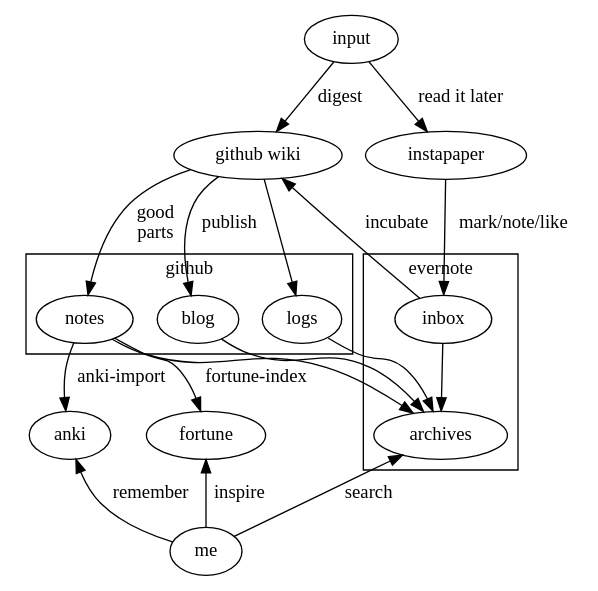
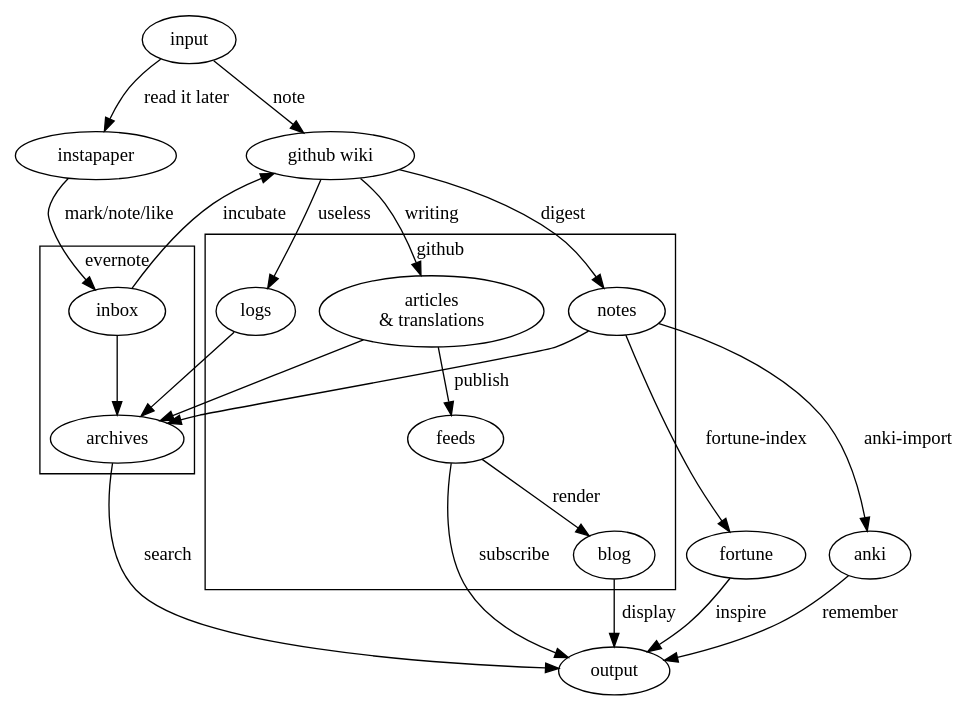
Before and after one commit to cf020031308/cf020031308.github.io: the diagram in drawme.dot, drawn with Graphviz. The commit also changed 2 other files, not shown here.

```diff
--- a/drawme.dot
+++ b/drawme.dot
@@ -1,35 +1,41 @@
 strict digraph {
     input [label="input"];
     wiki [label="github wiki"];
     instapaper [label="instapaper"];
     subgraph cluster_evernote {
         label="evernote";
         inbox [label="inbox"];
         archives [label="archives"];
     }
     subgraph cluster_github {
         label="github";
         notes [label="notes"];
+        articles [label="articles\n& translations"];
+        logs [label="logs"];
+        feeds [label="feeds"];
         blog [label="blog"];
-        logs [label="logs"];
     }
     anki [label="anki"];
     fortune [label="fortune"];
-    me [label="me"];
+    output [label="output"];
 
-    input -> wiki [label="digest"];
+    input -> wiki [label="note"];
     input -> instapaper [label="read it later"];
     instapaper -> inbox [label="mark/note/like"];
     inbox -> wiki [label="incubate"];
     inbox -> archives;
-    wiki -> notes [label="good\nparts"];
-    wiki -> blog [label="publish"];
-    wiki -> logs;
-    { notes, blog, logs } -> archives;
+    wiki -> notes [label="digest"];
+    wiki -> articles [label="writing"];
+    wiki -> logs [label="useless"];
+    articles -> feeds [label="publish"];
+    feeds -> blog [label="render"];
+    { notes, articles, logs } -> archives;
     notes -> anki [label="anki-import"];
     notes -> fortune [label="fortune-index"];
 
-    anki -> me [label="remember", dir=back];
-    fortune -> me [label="inspire", dir=back];
-    archives -> me [label="search", dir=back];
+    feeds -> output [label="subscribe"];
+    blog -> output [label="display"];
+    anki -> output [label="remember"];
+    fortune -> output [label="inspire"];
+    archives -> output [label="search"];
 }
```
